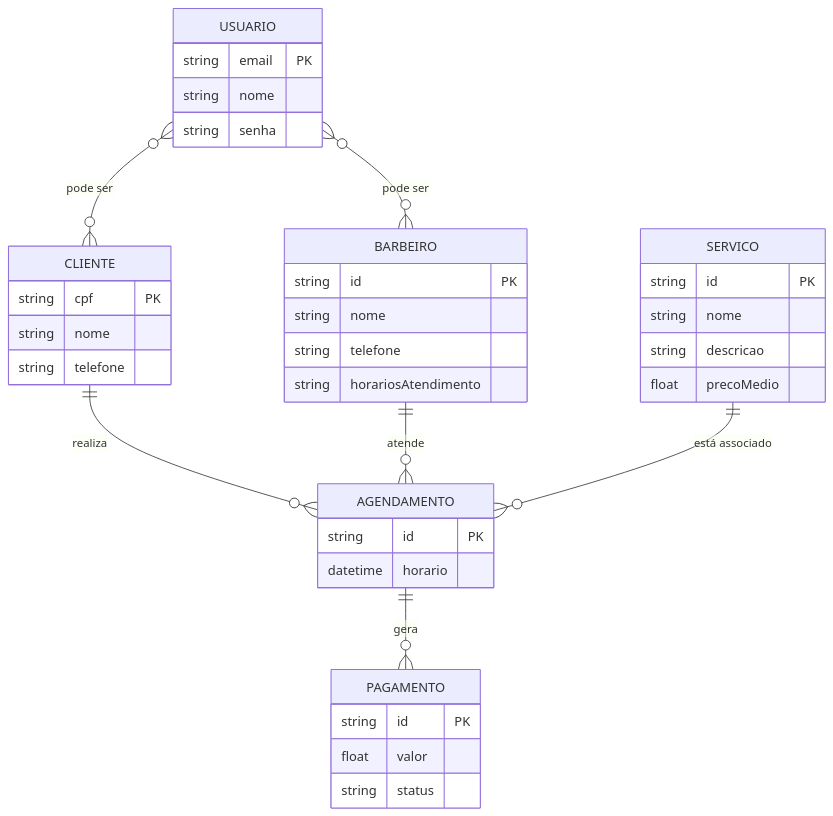
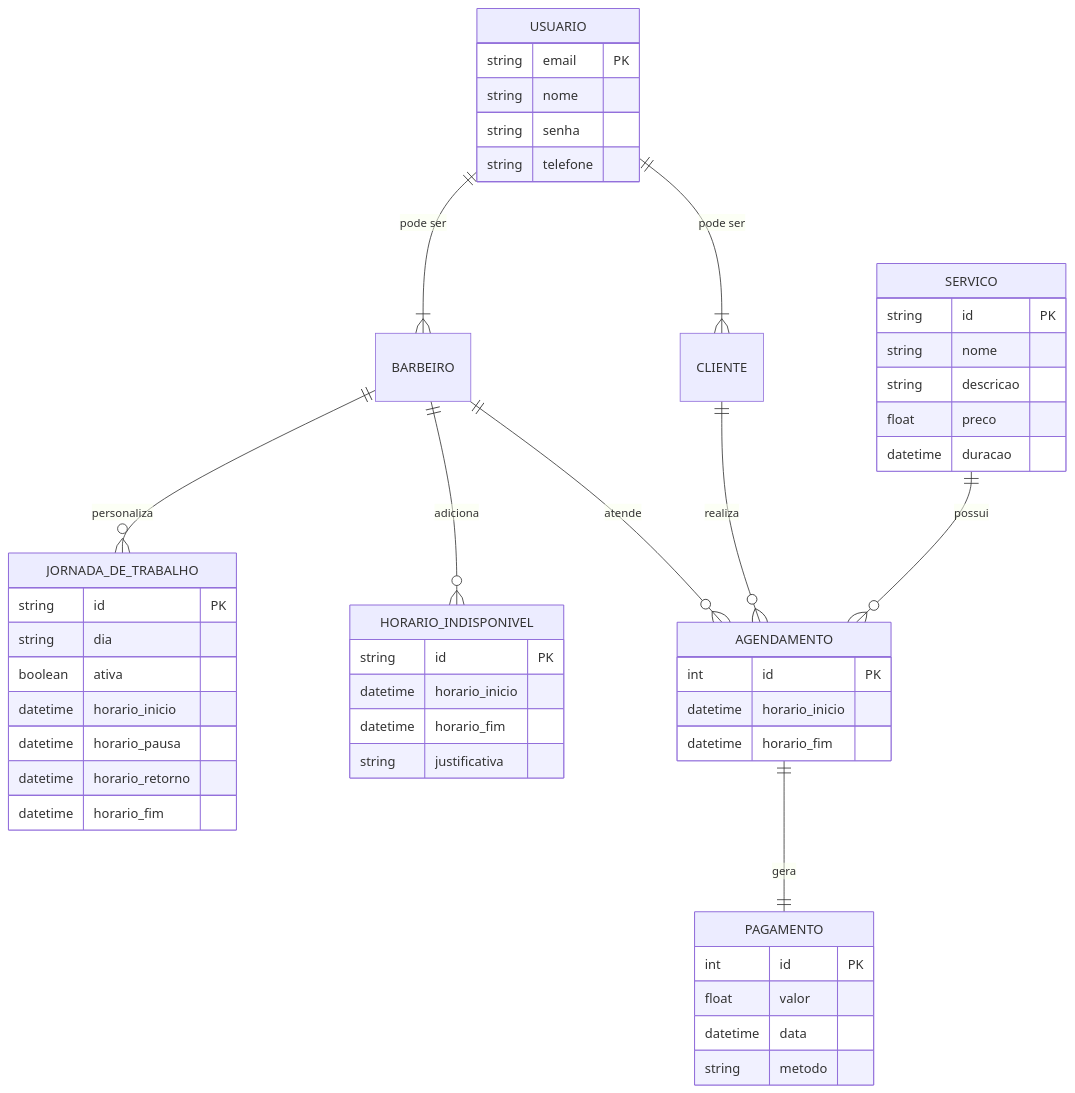
Before and after one commit to AlecYalcin/KNN-Barber-App: the diagram in docs/doc-visao.md, drawn with Mermaid. The commit also changed other lines of this file, not shown here.

Commit message:
docs: refatorando modelo conceitual da aplicação

````diff
--- a/docs/doc-visao.md
+++ b/docs/doc-visao.md
@@ -51,47 +99,69 @@
 ```mermaid
 erDiagram
-    CLIENTE {
-        string cpf PK
+    USUARIO {
+        string email PK
         string nome
+        string senha
         string telefone
     }
 
+    CLIENTE {
+    }
+
     BARBEIRO {
+
+    }
+
+    JORNADA_DE_TRABALHO {
         string id PK
-        string nome
-        string telefone
-        string horariosAtendimento
+        string dia
+        boolean ativa
+        datetime horario_inicio
+        datetime horario_pausa
+        datetime horario_retorno
+        datetime horario_fim
     }
+
+    HORARIO_INDISPONIVEL {
+        string id PK
+        datetime horario_inicio
+        datetime horario_fim
+        string justificativa
+    }
+
 
     SERVICO {
         string id PK
         string nome
         string descricao
-        float precoMedio
+        float preco
+        datetime duracao
     }
 
     AGENDAMENTO {
-        string id PK
-        datetime horario
+        int id PK
+        datetime horario_inicio
+        datetime horario_fim
     }
 
+
     PAGAMENTO {
-        string id PK
+        int id PK
         float valor
-        string status
+        datetime data
+        string metodo
     }
 
-    USUARIO {
-        string email PK
-        string nome
-        string senha
-    }
+    USUARIO ||--|{ CLIENTE: "pode ser"
+    USUARIO ||--|{ BARBEIRO: "pode ser"
 
-    CLIENTE ||--o{ AGENDAMENTO : "realiza"
-    BARBEIRO ||--o{ AGENDAMENTO : "atende"
-    SERVICO ||--o{ AGENDAMENTO : "está associado"
-    AGENDAMENTO ||--o{ PAGAMENTO : "gera"
-    USUARIO }o--o{ CLIENTE : "pode ser"
-    USUARIO }o--o{ BARBEIRO : "pode ser"
+    BARBEIRO ||--o{ JORNADA_DE_TRABALHO: "personaliza"
+    BARBEIRO ||--o{ HORARIO_INDISPONIVEL: "adiciona"
+
+    BARBEIRO ||--o{ AGENDAMENTO: "atende"
+    CLIENTE ||--o{ AGENDAMENTO: "realiza"
+    SERVICO ||--o{ AGENDAMENTO: "possui"
+    AGENDAMENTO ||--|| PAGAMENTO: "gera"
+
 
 ```
````
